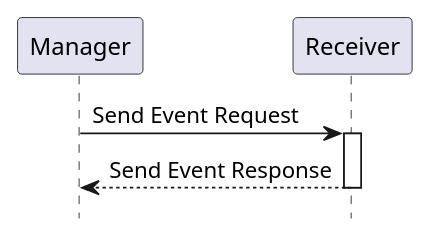
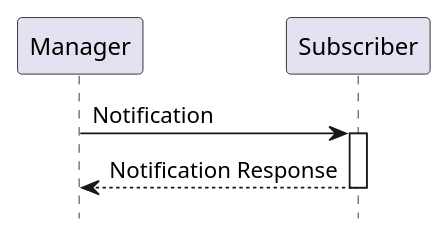
Before and after one commit to IHE/RAD.IRA: the diagram in input/images-source/rad-x9-seq.plantuml, drawn with PlantUML. The commit also changed 1 other file, not shown here.

```diff
--- a/input/images-source/rad-x9-seq.plantuml
+++ b/input/images-source/rad-x9-seq.plantuml
@@ -1,13 +1,13 @@
 @startuml
 
 hide footbox
 
 participant "Manager" as Manager
-participant "Receiver" as Receiver
+participant "Subscriber" as Subscriber
 
-Manager->Receiver: Send Event Request
-activate Receiver
-Receiver-->Manager: Send Event Response
-deactivate Receiver
+Manager->Subscriber: Notification
+activate Subscriber
+Subscriber-->Manager: Notification Response
+deactivate Subscriber
 
 @enduml
```
